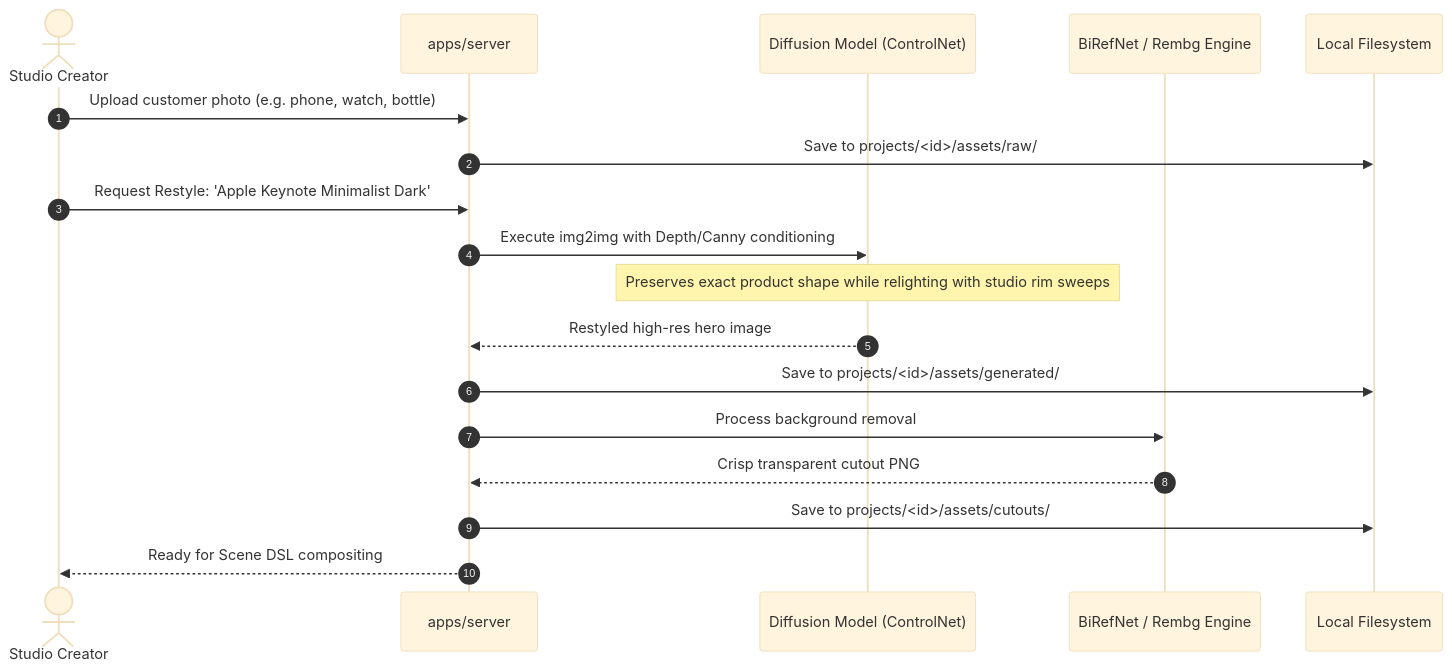
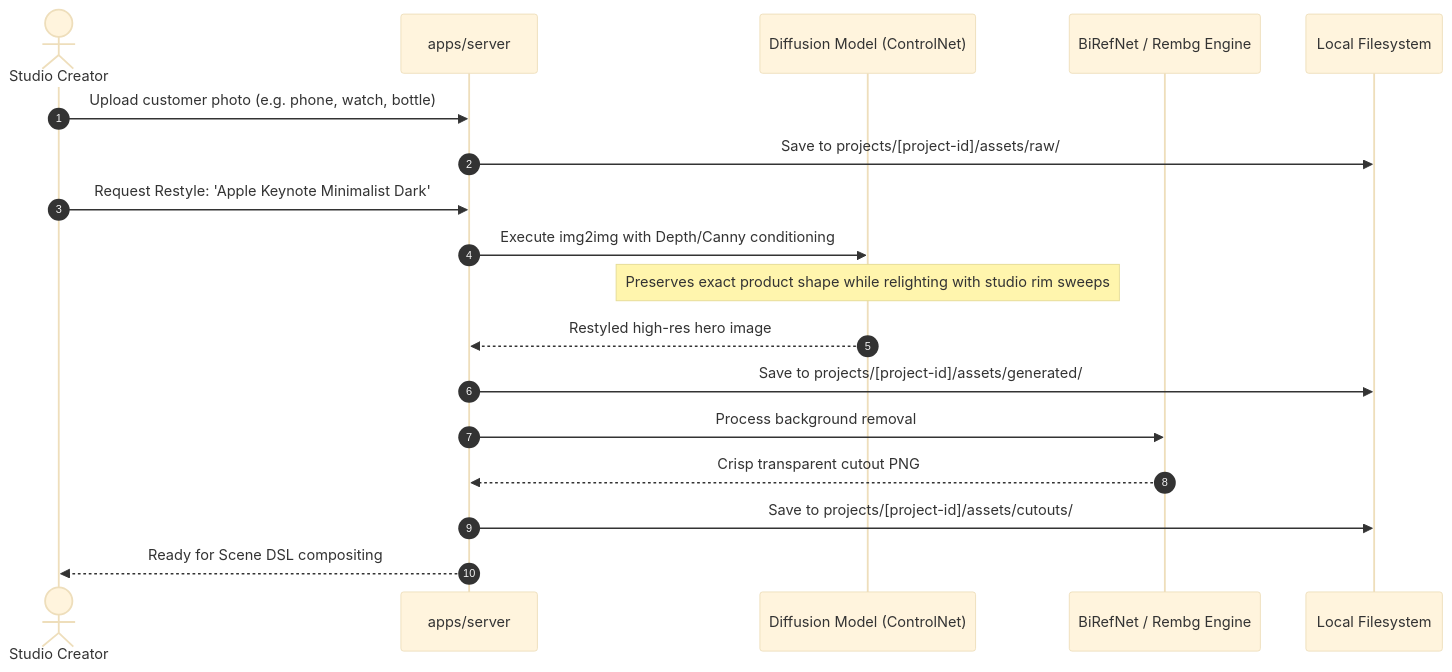
The second of 2 diagrams in docs/workflows/AI_WORKFLOWS.md (hoanglong2206/Video-Tool), drawn with Mermaid (base theme) before and after one commit. The commit also changed 8 other files, not shown here.

First line of the commit message:
fix(docs): fix Mermaid diagram syntax errors and unescaped tags

````diff
--- a/docs/workflows/AI_WORKFLOWS.md
+++ b/docs/workflows/AI_WORKFLOWS.md
@@ -45,21 +45,21 @@
 ```mermaid
 sequenceDiagram
     autonumber
     actor Creator as Studio Creator
     participant API as apps/server
     participant AI as Diffusion Model (ControlNet)
     participant Cutout as BiRefNet / Rembg Engine
     participant FS as Local Filesystem
 
     Creator->>API: Upload customer photo (e.g. phone, watch, bottle)
-    API->>FS: Save to projects/<id>/assets/raw/
+    API->>FS: Save to projects/[project-id]/assets/raw/
     Creator->>API: Request Restyle: 'Apple Keynote Minimalist Dark'
     API->>AI: Execute img2img with Depth/Canny conditioning
     Note over AI: Preserves exact product shape while relighting with studio rim sweeps
     AI-->>API: Restyled high-res hero image
-    API->>FS: Save to projects/<id>/assets/generated/
+    API->>FS: Save to projects/[project-id]/assets/generated/
     API->>Cutout: Process background removal
     Cutout-->>API: Crisp transparent cutout PNG
-    API->>FS: Save to projects/<id>/assets/cutouts/
+    API->>FS: Save to projects/[project-id]/assets/cutouts/
     API-->>Creator: Ready for Scene DSL compositing
 ```
````
